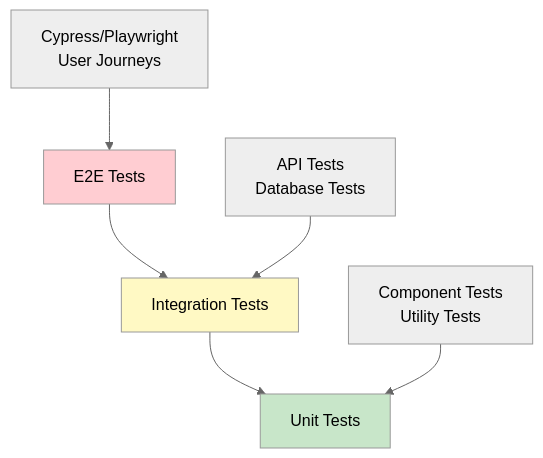
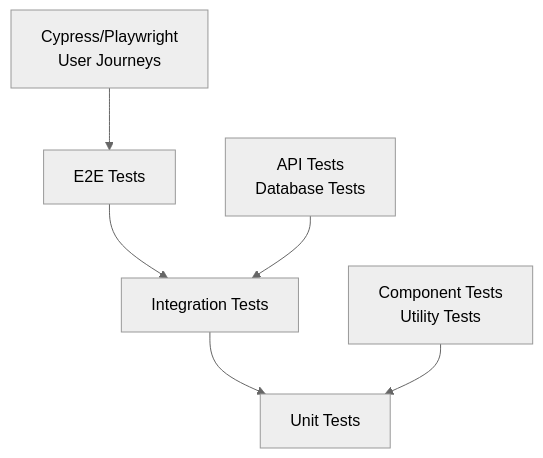
One commit to choksi2212/blog-vibe changed the eighth of 9 diagrams in README.md. Above: the diagram before and after it, drawn with Mermaid (neutral theme). The commit also changed other lines of this file, not shown here.

````diff
--- a/README.md
+++ b/README.md
@@ -805,13 +787,9 @@
 ```mermaid
 graph TD
     A[E2E Tests] --> B[Integration Tests]
     B --> C[Unit Tests]
     
     A1["Cypress/Playwright<br/>User Journeys"] --> A
     B1["API Tests<br/>Database Tests"] --> B
     C1["Component Tests<br/>Utility Tests"] --> C
-    
-    style C fill:#c8e6c9
-    style B fill:#fff9c4
-    style A fill:#ffcdd2
 ```
````
